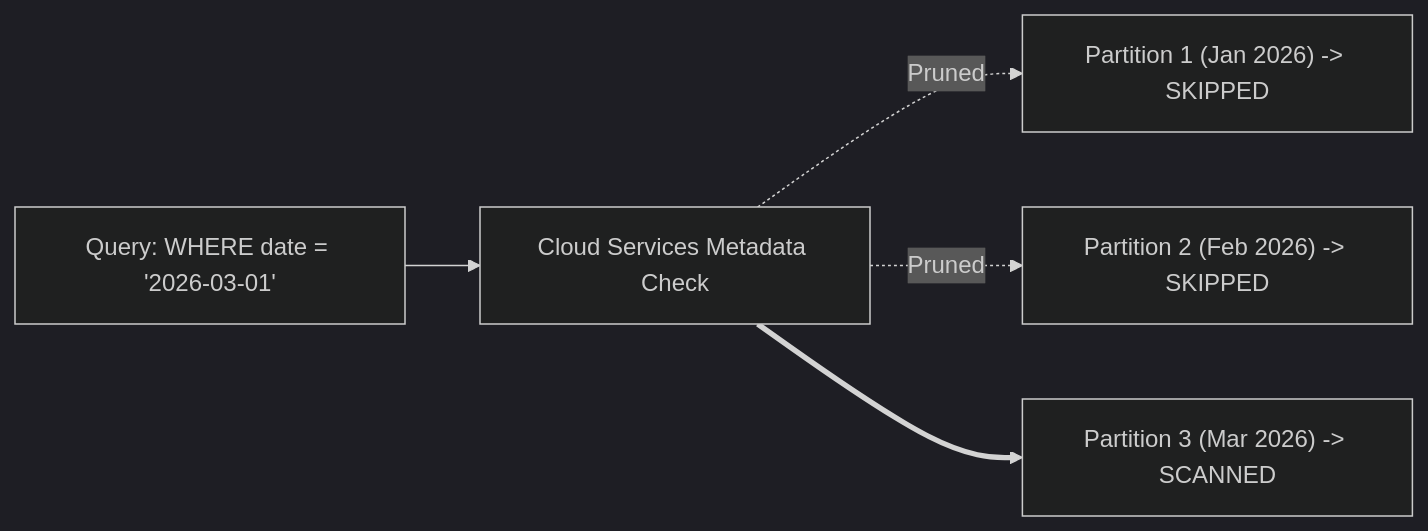
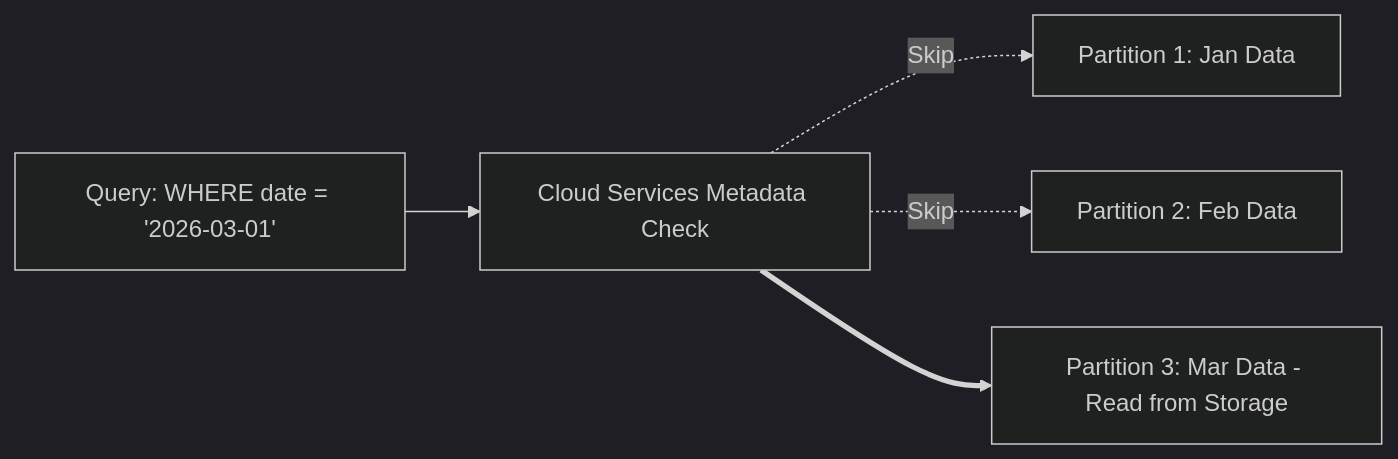
One commit to Prasanth631/Revature_Notes changed the second of 3 diagrams in snowflake/Day_01_Snowflake_Fundamentals_and_Architecture.md. Above: the diagram before and after it, drawn with Mermaid (dark theme). The commit also changed other lines of this file, not shown here.

````diff
--- a/snowflake/Day_01_Snowflake_Fundamentals_and_Architecture.md
+++ b/snowflake/Day_01_Snowflake_Fundamentals_and_Architecture.md
@@ -206,13 +180,7 @@
 ```mermaid
 flowchart LR
-    Q["Query: WHERE date = '2026-03-01'"]
-    MD["Cloud Services Metadata Check"]
-    P1["Partition 1 (Jan 2026) -> SKIPPED"]
-    P2["Partition 2 (Feb 2026) -> SKIPPED"]
-    P3["Partition 3 (Mar 2026) -> SCANNED"]
-
-    Q --> MD
-    MD -. Pruned .-> P1
-    MD -. Pruned .-> P2
-    MD ==> P3
+    Q["Query: WHERE date = '2026-03-01'"] --> MD[Cloud Services Metadata Check]
+    MD -. Skip .-> P1[Partition 1: Jan Data]
+    MD -. Skip .-> P2[Partition 2: Feb Data]
+    MD ==> Read[Partition 3: Mar Data - Read from Storage]
 ```
````
